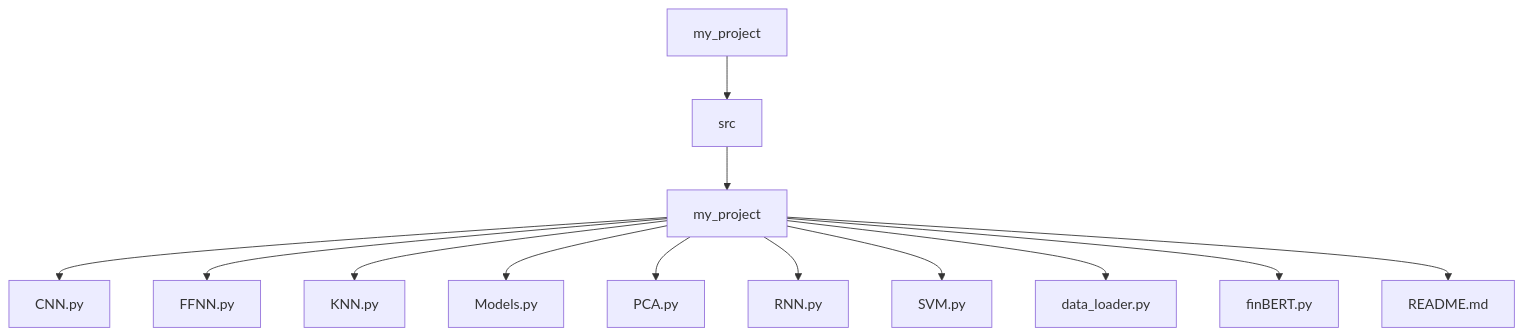
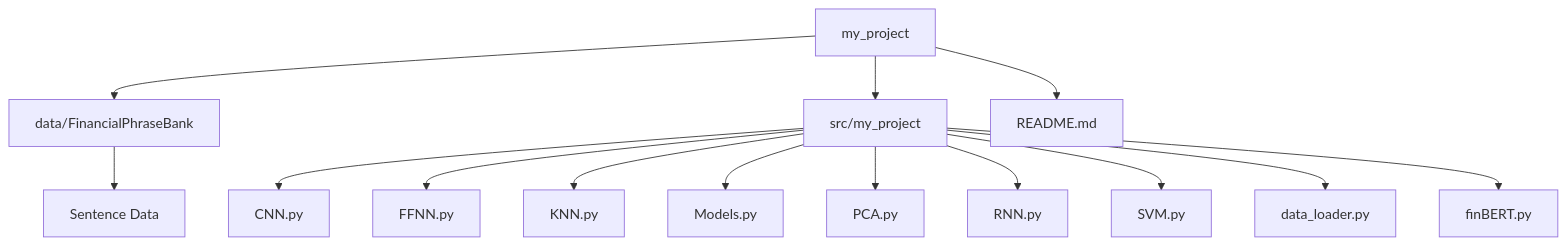
The diagram in README.md (archiejthomas/TextSentimentAnalysis), drawn with Mermaid before and after one commit.

````diff
--- a/README.md
+++ b/README.md
@@ -13,17 +13,19 @@
 ```mermaid
 graph TD
-    A[my_project] --> B[src]
-    B --> C[my_project]
+    A[my_project]
+    A --> B[data/FinancialPhraseBank]
+    A --> C[src/my_project]
+    A --> D[README.md]
 
-    C --> D[CNN.py]
-    C --> E[FFNN.py]
-    C --> F[KNN.py]
-    C --> G[Models.py]
-    C --> H[PCA.py]
-    C --> I[RNN.py]
-    C --> J[SVM.py]
-    C --> K[data_loader.py]
-    C --> L[finBERT.py]
-    C --> M[README.md]
+    B --> E[Sentence Data]
 
+    C --> F[CNN.py]
+    C --> G[FFNN.py]
+    C --> H[KNN.py]
+    C --> I[Models.py]
+    C --> J[PCA.py]
+    C --> K[RNN.py]
+    C --> L[SVM.py]
+    C --> M[data_loader.py]
+    C --> N[finBERT.py]
 ```
````
